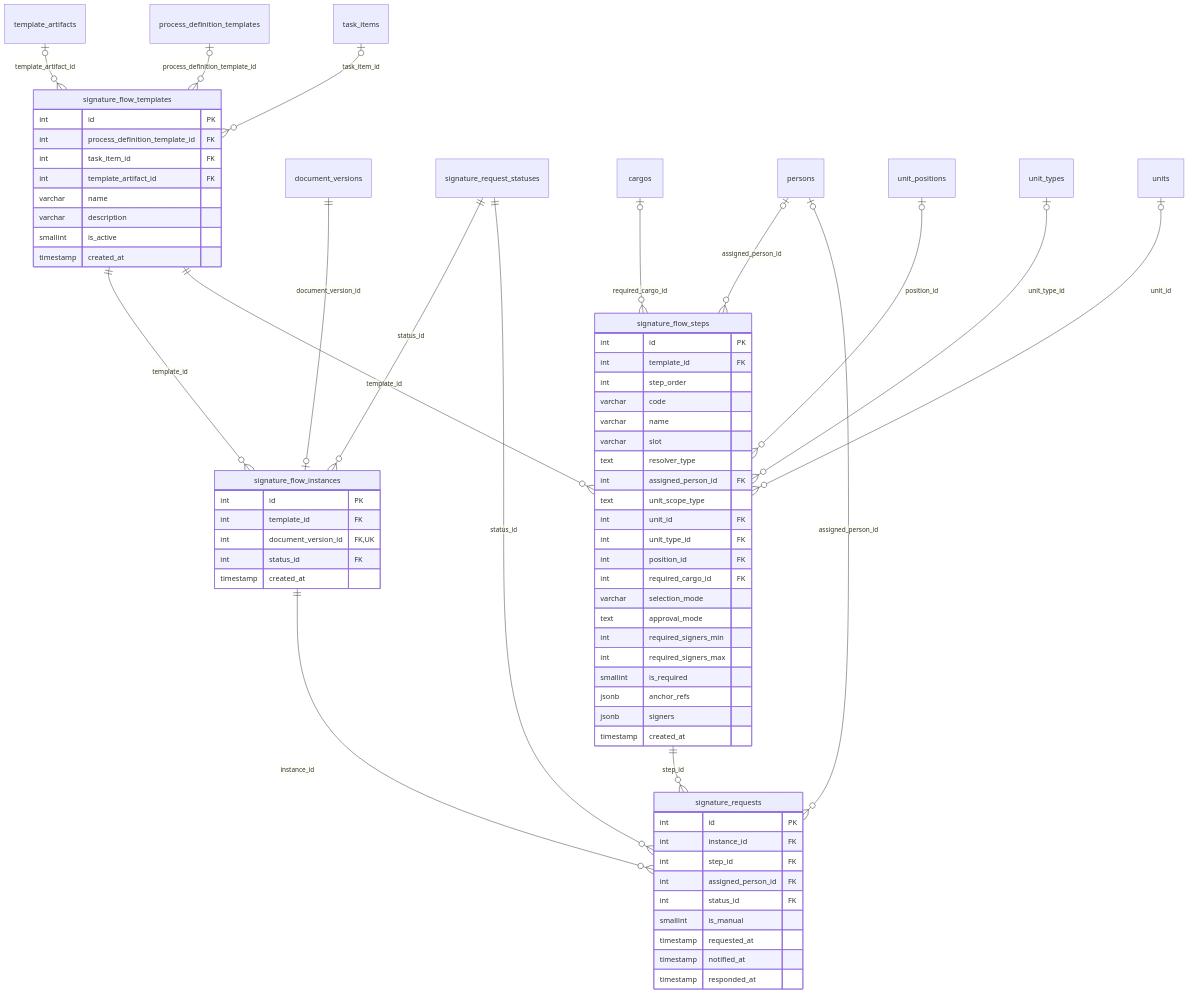
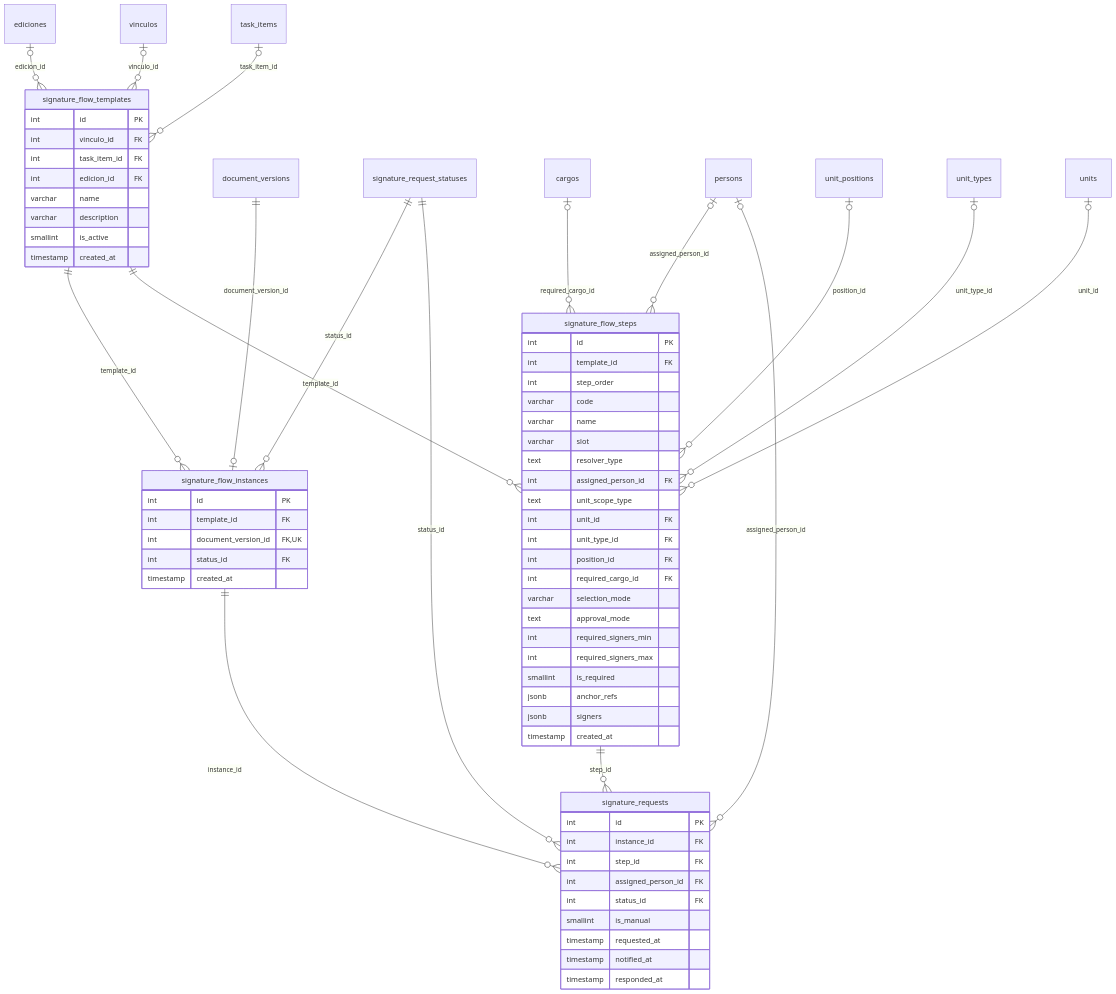
The eighth of 10 diagrams in docs/src/content/docs/modelo/mapa-con-campos.md (fresvel/deasy), drawn with Mermaid before and after one commit. The commit also changed other lines of this file and 172 other files, not shown here.

````diff
--- a/docs/src/content/docs/modelo/mapa-con-campos.md
+++ b/docs/src/content/docs/modelo/mapa-con-campos.md
@@ -555,71 +555,71 @@
 ```mermaid
 erDiagram
   %% generado por scripts/docs/gen-mapa-campos.mjs: no se edita a mano
   signature_flow_templates {
     int id PK
-    int process_definition_template_id FK
+    int vinculo_id FK
     int task_item_id FK
-    int template_artifact_id FK
+    int edicion_id FK
     varchar name
     varchar description
     smallint is_active
     timestamp created_at
   }
   signature_flow_steps {
     int id PK
     int template_id FK
     int step_order
     varchar code
     varchar name
     varchar slot
     text resolver_type
     int assigned_person_id FK
     text unit_scope_type
     int unit_id FK
     int unit_type_id FK
     int position_id FK
     int required_cargo_id FK
     varchar selection_mode
     text approval_mode
     int required_signers_min
     int required_signers_max
     smallint is_required
     jsonb anchor_refs
     jsonb signers
     timestamp created_at
   }
   signature_flow_instances {
     int id PK
     int template_id FK
     int document_version_id FK, UK
     int status_id FK
     timestamp created_at
   }
   signature_requests {
     int id PK
     int instance_id FK
     int step_id FK
     int assigned_person_id FK
     int status_id FK
     smallint is_manual
     timestamp requested_at
     timestamp notified_at
     timestamp responded_at
   }
   document_versions ||--o| signature_flow_instances : "document_version_id"
   signature_request_statuses ||--o{ signature_flow_instances : "status_id"
   signature_flow_templates ||--o{ signature_flow_instances : "template_id"
   cargos |o--o{ signature_flow_steps : "required_cargo_id"
   persons |o--o{ signature_flow_steps : "assigned_person_id"
   unit_positions |o--o{ signature_flow_steps : "position_id"
   signature_flow_templates ||--o{ signature_flow_steps : "template_id"
   unit_types |o--o{ signature_flow_steps : "unit_type_id"
   units |o--o{ signature_flow_steps : "unit_id"
-  template_artifacts |o--o{ signature_flow_templates : "template_artifact_id"
-  process_definition_templates |o--o{ signature_flow_templates : "process_definition_template_id"
+  ediciones |o--o{ signature_flow_templates : "edicion_id"
+  vinculos |o--o{ signature_flow_templates : "vinculo_id"
   task_items |o--o{ signature_flow_templates : "task_item_id"
   signature_flow_instances ||--o{ signature_requests : "instance_id"
   persons |o--o{ signature_requests : "assigned_person_id"
   signature_request_statuses ||--o{ signature_requests : "status_id"
   signature_flow_steps ||--o{ signature_requests : "step_id"
 ```
````
